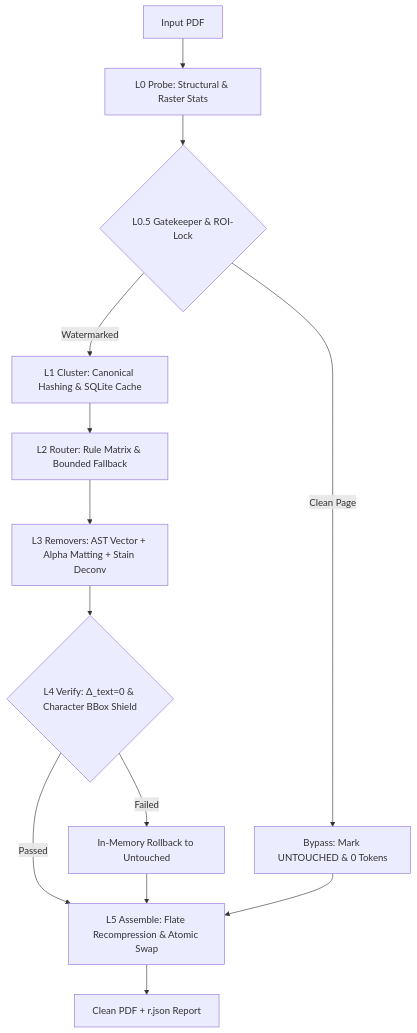
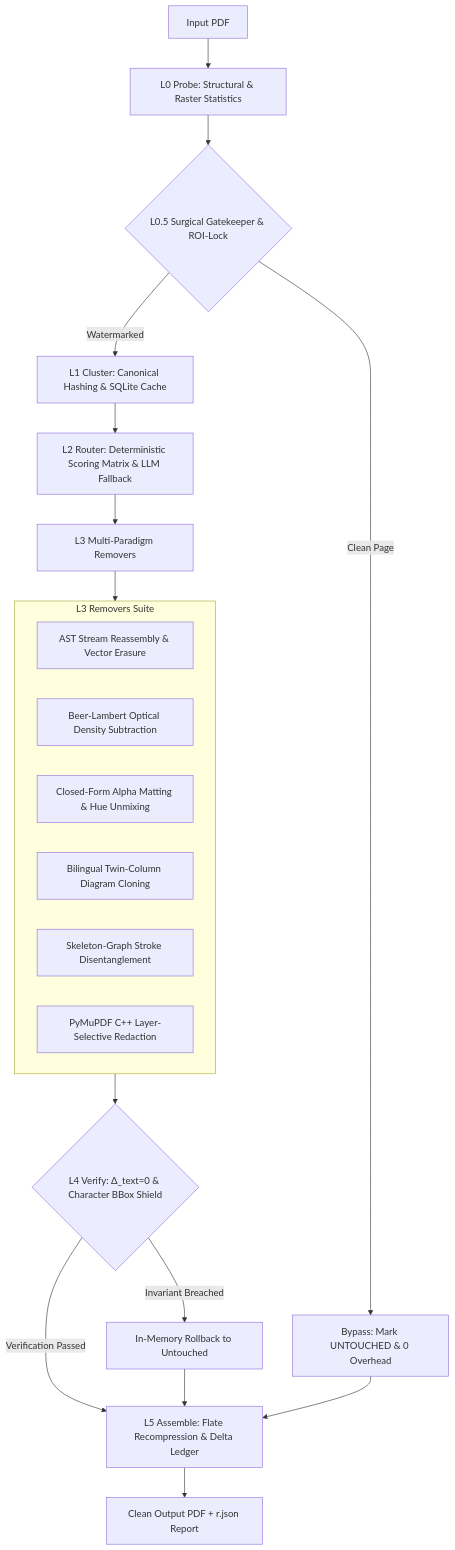
Before and after one commit to Dev-Solanki-09/Watermark-Remover-Agentic-Tool: the diagram in README.md, drawn with Mermaid. The commit also changed other lines of this file and 59 other files, not shown here.

````diff
--- a/README.md
+++ b/README.md
@@ -35,15 +63,24 @@
 ```mermaid
 flowchart TD
-    IN[Input PDF] --> L0[L0 Probe: Structural & Raster Stats]
-    L0 --> L05{L0.5 Gatekeeper & ROI-Lock}
-    L05 -- Clean Page --> UNTOUCHED[Bypass: Mark UNTOUCHED & 0 Tokens]
+    IN[Input PDF] --> L0[L0 Probe: Structural & Raster Statistics]
+    L0 --> L05{L0.5 Surgical Gatekeeper & ROI-Lock}
+    L05 -- Clean Page --> UNTOUCHED[Bypass: Mark UNTOUCHED & 0 Overhead]
     L05 -- Watermarked --> L1[L1 Cluster: Canonical Hashing & SQLite Cache]
-    L1 --> L2[L2 Router: Rule Matrix & Bounded Fallback]
-    L2 --> L3[L3 Removers: AST Vector + Alpha Matting + Stain Deconv]
-    L3 --> L4{L4 Verify: Δ_text=0 & Character BBox Shield}
-    L4 -- Passed --> L5[L5 Assemble: Flate Recompression & Atomic Swap]
-    L4 -- Failed --> ROLLBACK[In-Memory Rollback to Untouched]
+    L1 --> L2[L2 Router: Deterministic Scoring Matrix & LLM Fallback]
+    L2 --> L3[L3 Multi-Paradigm Removers]
+    subgraph L3_Removers[L3 Removers Suite]
+        L3A[AST Stream Reassembly & Vector Erasure]
+        L3B[Beer-Lambert Optical Density Subtraction]
+        L3C[Closed-Form Alpha Matting & Hue Unmixing]
+        L3D[Bilingual Twin-Column Diagram Cloning]
+        L3E[Skeleton-Graph Stroke Disentanglement]
+        L3F[PyMuPDF C++ Layer-Selective Redaction]
+    end
+    L3 --> L3_Removers
+    L3_Removers --> L4{L4 Verify: Δ_text=0 & Character BBox Shield}
+    L4 -- Verification Passed --> L5[L5 Assemble: Flate Recompression & Delta Ledger]
+    L4 -- Invariant Breached --> ROLLBACK[In-Memory Rollback to Untouched]
     ROLLBACK --> L5
     UNTOUCHED --> L5
-    L5 --> OUT[Clean PDF + r.json Report]
+    L5 --> OUT[Clean Output PDF + r.json Report]
 ```
````
